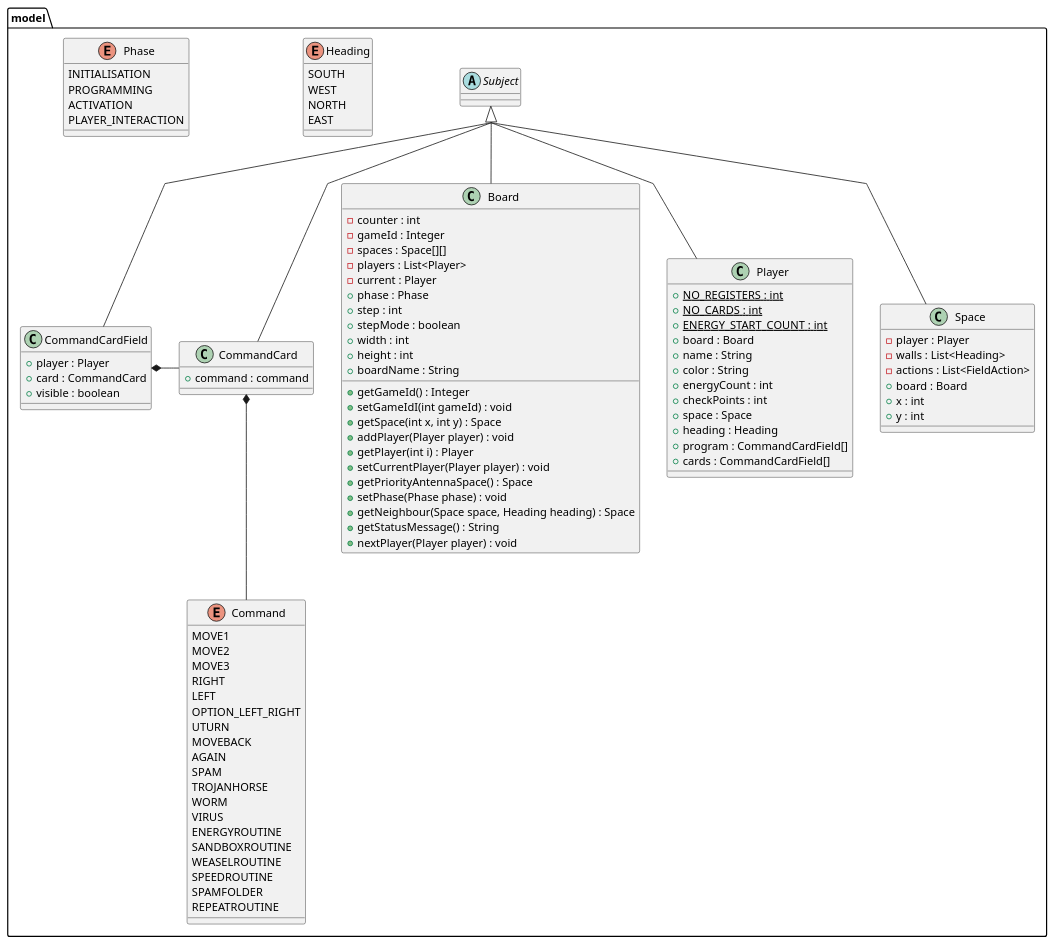
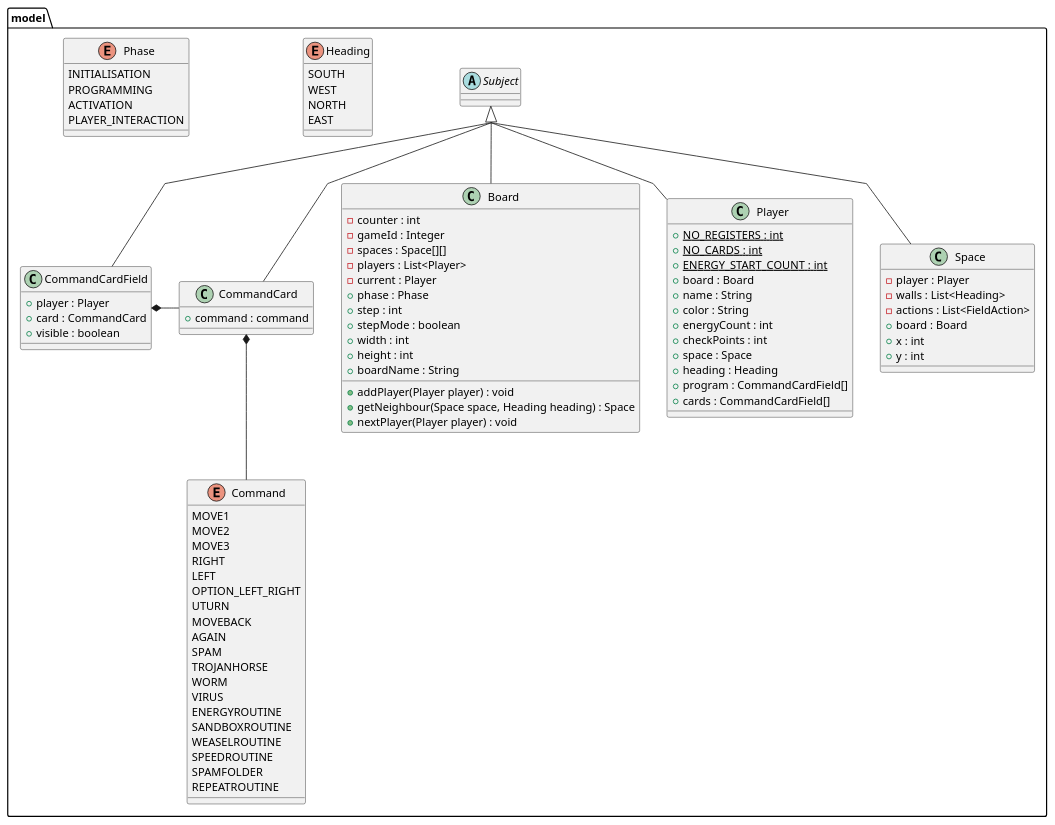
Before and after one commit to MikaelFangel/RoboRally: the diagram in diagrams/DesignClassDiagramPackageModel.puml, drawn with PlantUML. The commit also changed 2 other files, not shown here.

Commit message:
Updates to class diagrams

```diff
--- a/diagrams/DesignClassDiagramPackageModel.puml
+++ b/diagrams/DesignClassDiagramPackageModel.puml
@@ -1,104 +1,96 @@
 @startuml
 skinparam groupInheritance 2
 skinparam linetype polyline
 Package model{
  class Board extends Subject{
    -counter : int
    -gameId : Integer
    -spaces : Space[][]
    -players : List<Player>
    -current : Player
    +phase : Phase
    +step : int
    +stepMode : boolean
    +width : int
    +height : int
    +boardName : String
 
-   +getGameId() : Integer
-   +setGameIdI(int gameId) : void
-   +getSpace(int x, int y) : Space
    +addPlayer(Player player) : void
-   +getPlayer(int i) : Player
-   +setCurrentPlayer(Player player) : void
-   +getPriorityAntennaSpace() : Space
-   +setPhase(Phase phase) : void
    +getNeighbour(Space space, Heading heading) : Space
-   +getStatusMessage() : String
    +nextPlayer(Player player) : void
  }
  class CommandCard extends Subject{
    +command : command
  }
  class CommandCardField extends Subject{
    +player : Player
    +card : CommandCard
    +visible : boolean
  }
  class Player extends Subject{
    {Static} +NO_REGISTERS : int
    {Static} +NO_CARDS : int
    {Static} +ENERGY_START_COUNT : int
    +board : Board
    +name : String
    +color : String
    +energyCount : int
    +checkPoints : int
    +space : Space
    +heading : Heading
    +program : CommandCardField[]
    +cards : CommandCardField[]
  }
  class Space extends Subject{
    -player : Player
    -walls : List<Heading>
    -actions : List<FieldAction>
    +board : Board
    +x : int
    +y : int
 
  }
  abstract class Subject{
  }
 
  enum Command{
    MOVE1
    MOVE2
    MOVE3
    RIGHT
    LEFT
    OPTION_LEFT_RIGHT
    UTURN
    MOVEBACK
    AGAIN
    SPAM
    TROJANHORSE
    WORM
    VIRUS
    ENERGYROUTINE
    SANDBOXROUTINE
    WEASELROUTINE
    SPEEDROUTINE
    SPAMFOLDER
    REPEATROUTINE
 
  }
  enum Heading{
   SOUTH
   WEST
   NORTH
   EAST
  }
  enum Phase{
    INITIALISATION
    PROGRAMMING
    ACTIVATION
    PLAYER_INTERACTION
  }
 
 CommandCard *-- Command
 CommandCardField *- CommandCard
 
 }
 
 @enduml
```
